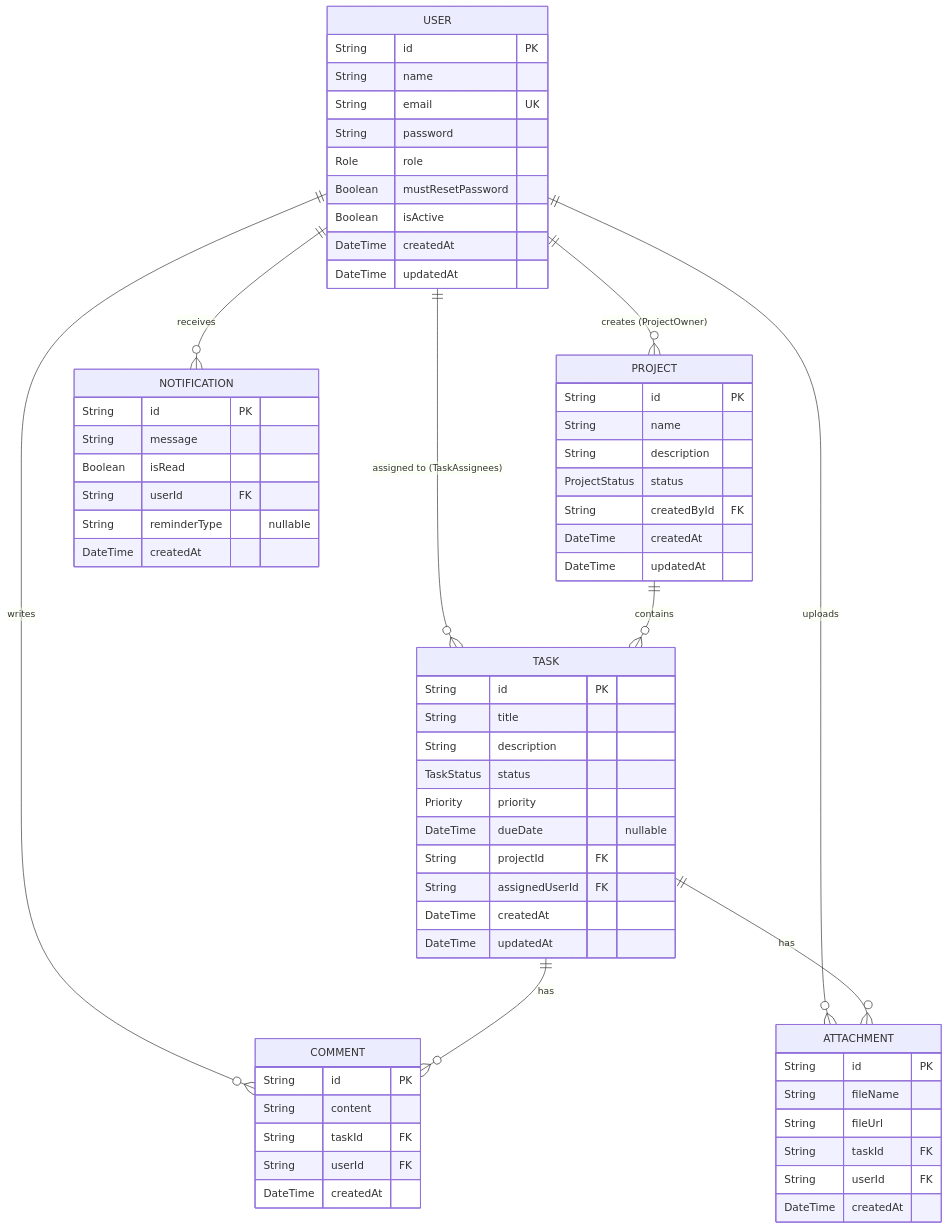
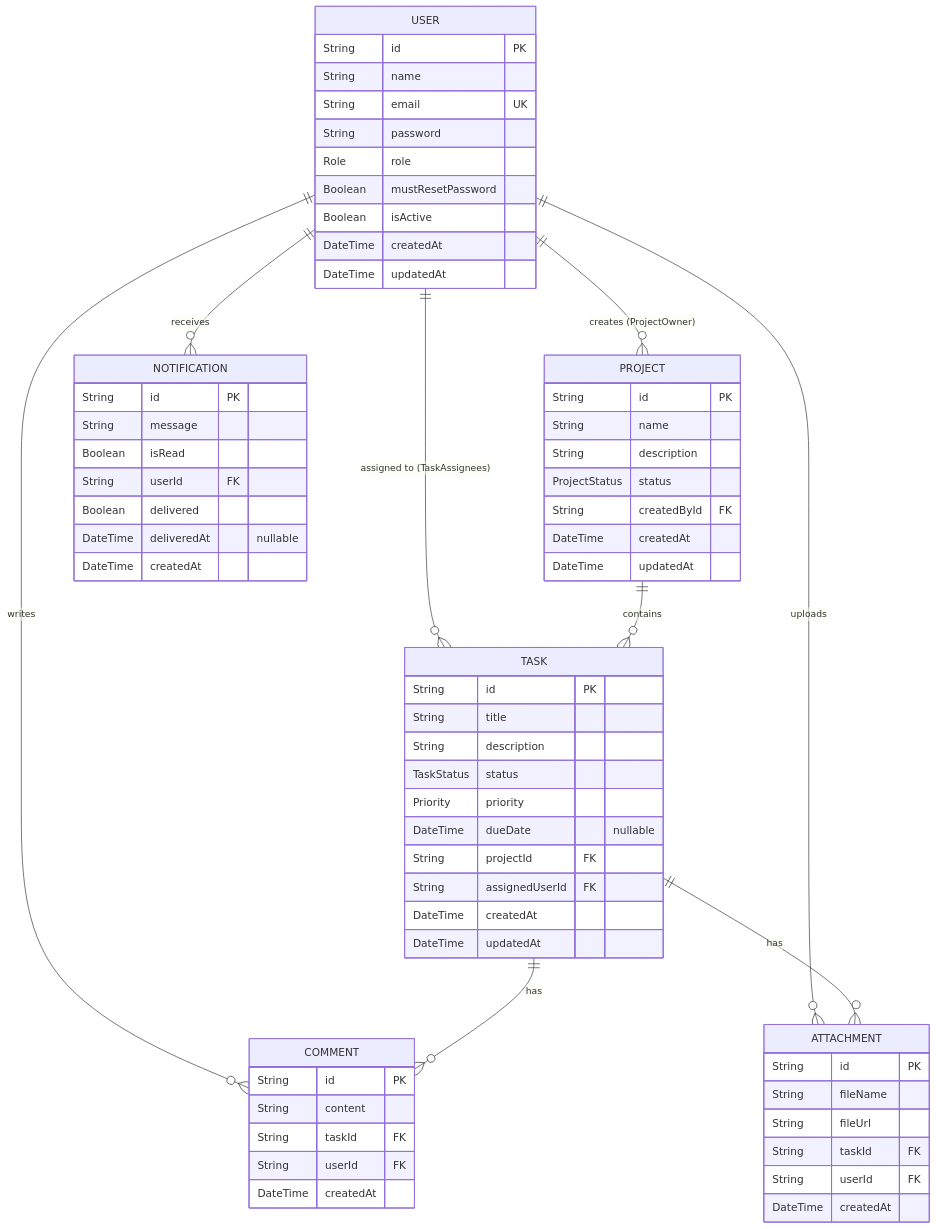
One commit to shakikumar/Task-Management-System changed the diagram in docs/ER_Diagram.md. Above: the diagram before and after it, drawn with Mermaid. The commit also changed other lines of this file, not shown here.

Commit message:
docs: update ER diagram

````diff
--- a/docs/ER_Diagram.md
+++ b/docs/ER_Diagram.md
@@ -11,74 +11,75 @@
 ```mermaid
 erDiagram
     USER ||--o{ PROJECT : "creates (ProjectOwner)"
     USER ||--o{ TASK : "assigned to (TaskAssignees)"
     USER ||--o{ NOTIFICATION : "receives"
     USER ||--o{ COMMENT : "writes"
     USER ||--o{ ATTACHMENT : "uploads"
     
     PROJECT ||--o{ TASK : "contains"
     
     TASK ||--o{ COMMENT : "has"
     TASK ||--o{ ATTACHMENT : "has"
 
     USER {
         String id PK
         String name
         String email UK
         String password
         Role role
         Boolean mustResetPassword
         Boolean isActive
         DateTime createdAt
         DateTime updatedAt
     }
 
     PROJECT {
         String id PK
         String name
         String description
         ProjectStatus status
         String createdById FK
         DateTime createdAt
         DateTime updatedAt
     }
 
     TASK {
         String id PK
         String title
         String description
         TaskStatus status
         Priority priority
         DateTime dueDate "nullable"
         String projectId FK
         String assignedUserId FK
         DateTime createdAt
         DateTime updatedAt
     }
 
     COMMENT {
         String id PK
         String content
         String taskId FK
         String userId FK
         DateTime createdAt
     }
 
     ATTACHMENT {
         String id PK
         String fileName
         String fileUrl
         String taskId FK
         String userId FK
         DateTime createdAt
     }
 
     NOTIFICATION {
         String id PK
         String message
         Boolean isRead
         String userId FK
-        String reminderType "nullable"
+        Boolean delivered
+        DateTime deliveredAt "nullable"
         DateTime createdAt
     }
 ```
````
